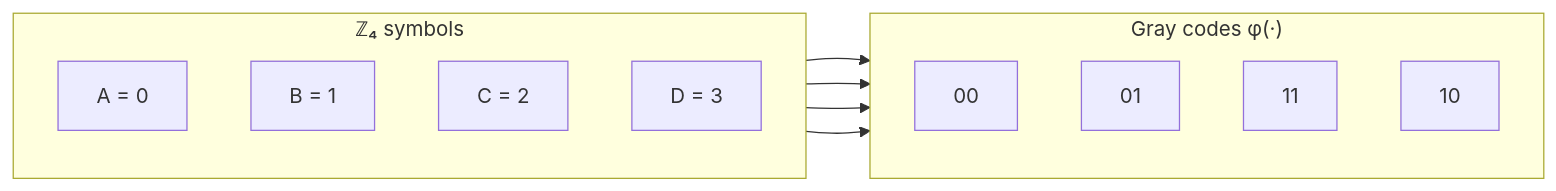
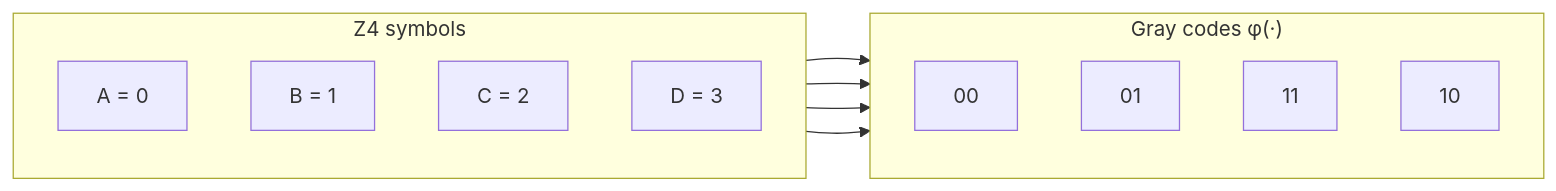
The third of 4 diagrams in DESIGN.md (devlux76/q2), drawn with Mermaid before and after one commit. The commit also changed other lines of this file and 3 other files, not shown here.

````diff
--- a/DESIGN.md
+++ b/DESIGN.md
@@ -542,21 +542,21 @@
 ```mermaid
 flowchart LR
-    subgraph Z4["ℤ₄ symbols"]
+    subgraph Z4["Z4 symbols"]
         direction TB
         s0["A = 0"]
         s1["B = 1"]
         s2["C = 2"]
         s3["D = 3"]
     end
     subgraph GC["Gray codes φ(·)"]
         direction TB
         g0["00"]
         g1["01"]
         g2["11"]
         g3["10"]
     end
     s0 --> g0
     s1 --> g1
     s2 --> g2
     s3 --> g3
 ```
````
